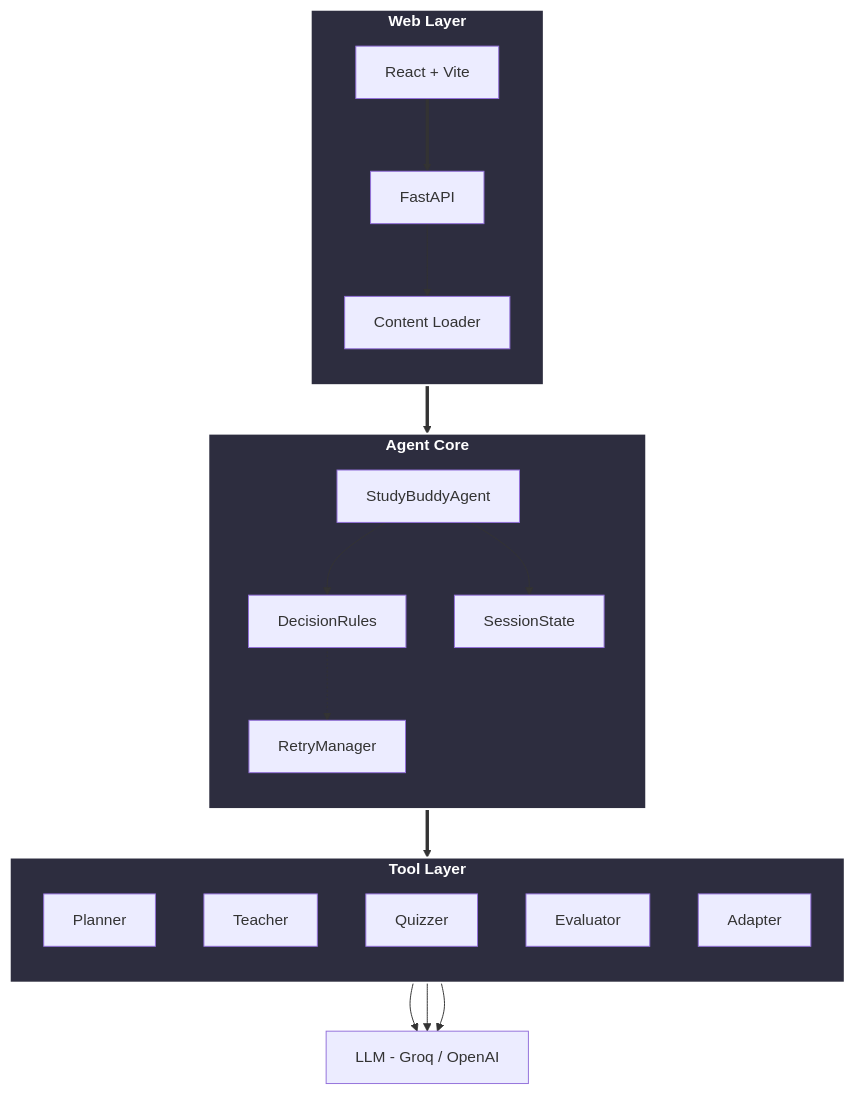
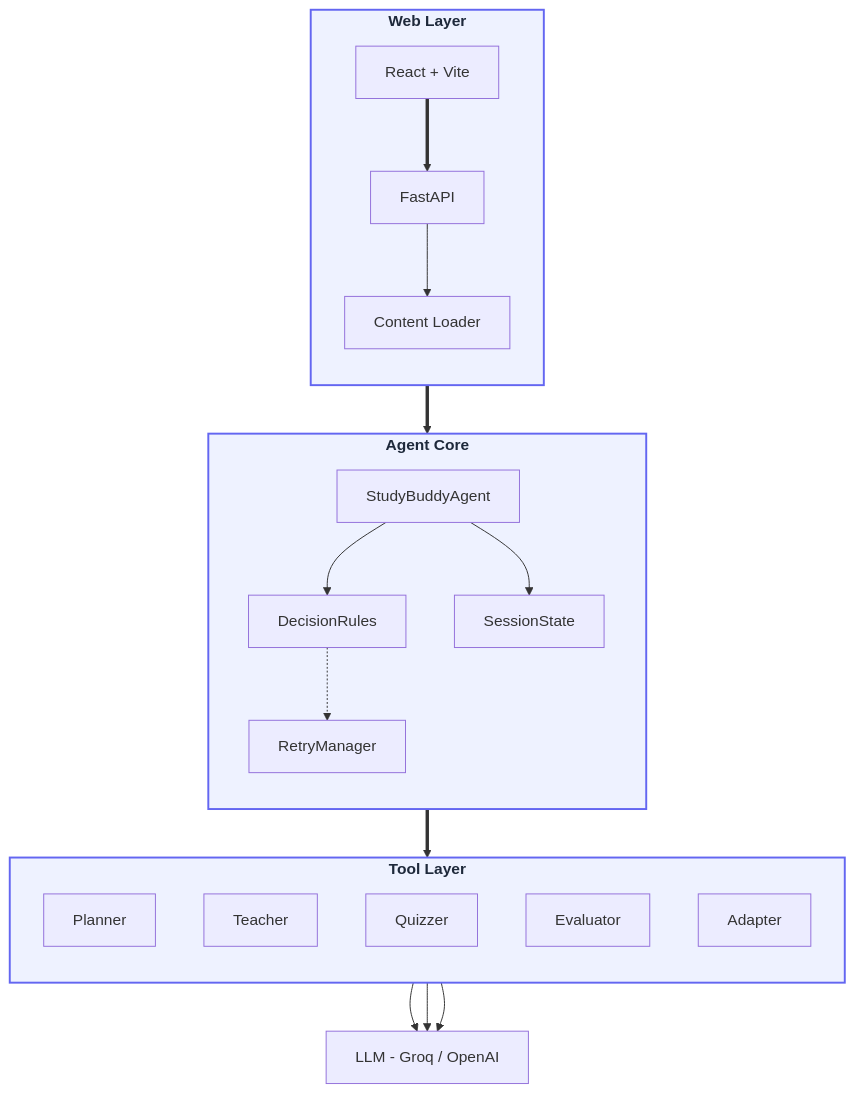
Before and after one commit to ebinzacharias/ez-agentic-study-buddy: the diagram in README.md, drawn with Mermaid. The commit also changed 3 other files, not shown here.

Commit message:
updated diagram prompt

````diff
--- a/README.md
+++ b/README.md
@@ -43,43 +43,43 @@
 ```mermaid
 flowchart TD
-    classDef layer fill:#2D2D3F,stroke:#FFFFFF,stroke-width:2px,color:#FFFFFF,font-weight:bold
+    classDef layer fill:#EEF2FF,stroke:#6366F1,stroke-width:2px,color:#1E293B,font-weight:bold
 
     subgraph Web[Web Layer]
         direction TB
         UI[React + Vite]
         API[FastAPI]
         CL[Content Loader]
     end
 
     subgraph Agent[Agent Core]
         direction TB
         SA[StudyBuddyAgent]
         DR[DecisionRules]
         SM[SessionState]
         RM[RetryManager]
     end
 
     subgraph Tools[Tool Layer]
         direction TB
         PT[Planner]
         TT[Teacher]
         QT[Quizzer]
         ET[Evaluator]
         AT[Adapter]
     end
 
     LLM[LLM - Groq / OpenAI]
 
     UI ==> API
     API --> CL
     API ==> SA
     SA --> DR
     SA --> SM
     DR -.-> RM
     SA ==> Tools
     PT --> LLM
     TT --> LLM
     QT --> LLM
 
     class Web,Agent,Tools layer
 ```
````
